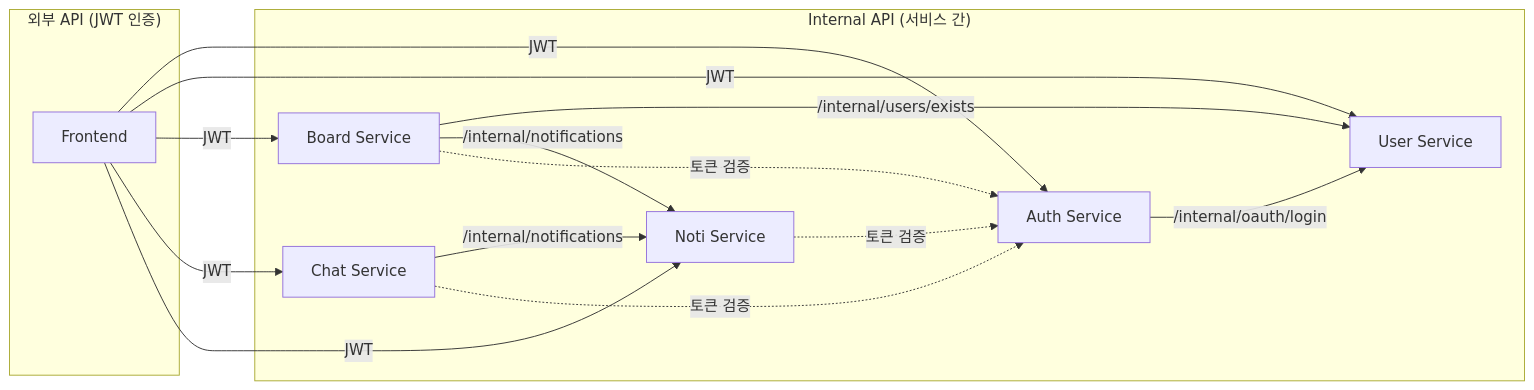
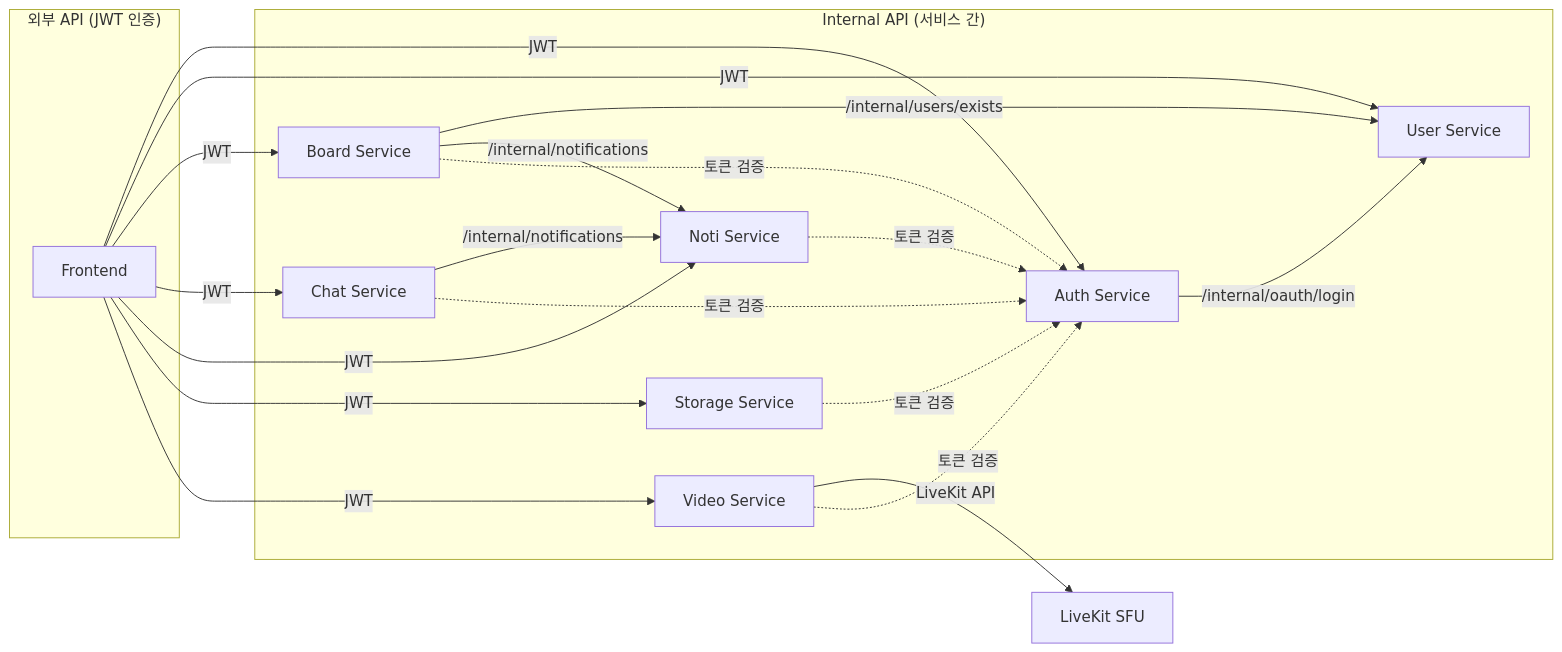
One commit to OrangesCloud/wealist-advanced-k8s changed the diagram in README.md. Above: the diagram before and after it, drawn with Mermaid. The commit also changed other lines of this file and 3 other files, not shown here.

````diff
--- a/README.md
+++ b/README.md
@@ -62,29 +59,36 @@
 ```mermaid
 flowchart LR
     subgraph External["외부 API (JWT 인증)"]
         FE[Frontend]
     end
 
     subgraph Internal["Internal API (서비스 간)"]
         Auth[Auth Service]
         User[User Service]
         Board[Board Service]
         Chat[Chat Service]
         Noti[Noti Service]
+        Storage[Storage Service]
+        Video[Video Service]
     end
 
     FE -->|JWT| Auth
     FE -->|JWT| User
     FE -->|JWT| Board
     FE -->|JWT| Chat
     FE -->|JWT| Noti
+    FE -->|JWT| Storage
+    FE -->|JWT| Video
 
     Auth -->|/internal/oauth/login| User
     Board -->|/internal/users/exists| User
     Board -->|/internal/notifications| Noti
     Chat -->|/internal/notifications| Noti
+    Video -->|LiveKit API| LiveKit[LiveKit SFU]
 
     Board -.->|토큰 검증| Auth
     Chat -.->|토큰 검증| Auth
     Noti -.->|토큰 검증| Auth
+    Storage -.->|토큰 검증| Auth
+    Video -.->|토큰 검증| Auth
 ```
````
